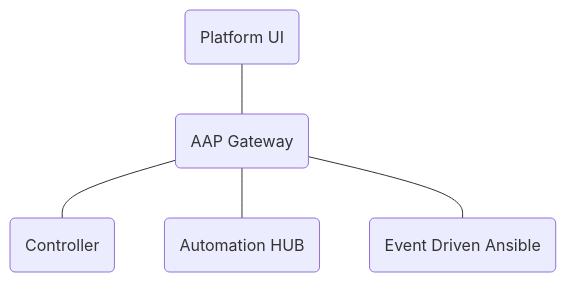
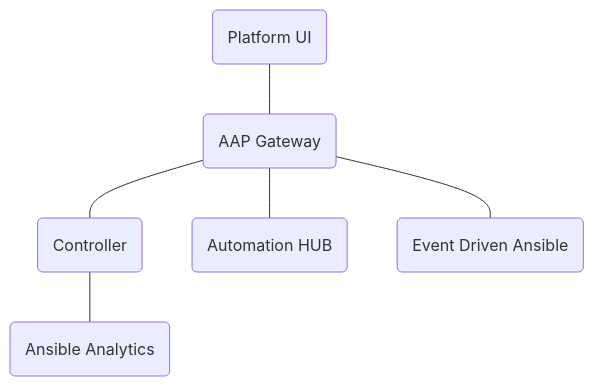
Before and after one commit to ansible/ansible-ui: the diagram in platform/PLATFORM.md, drawn with Mermaid.

Commit message:
Add AA to the diagram

````diff
--- a/platform/PLATFORM.md
+++ b/platform/PLATFORM.md
@@ -53,7 +53,8 @@
 ```mermaid
 flowchart TD
    ui(Platform UI) --- gateway(AAP Gateway)
    gateway --- awx(Controller)
    gateway --- hub(Automation HUB)
    gateway --- eda(Event Driven Ansible)
+   awx --- aa(Ansible Analytics)
 ```
````
